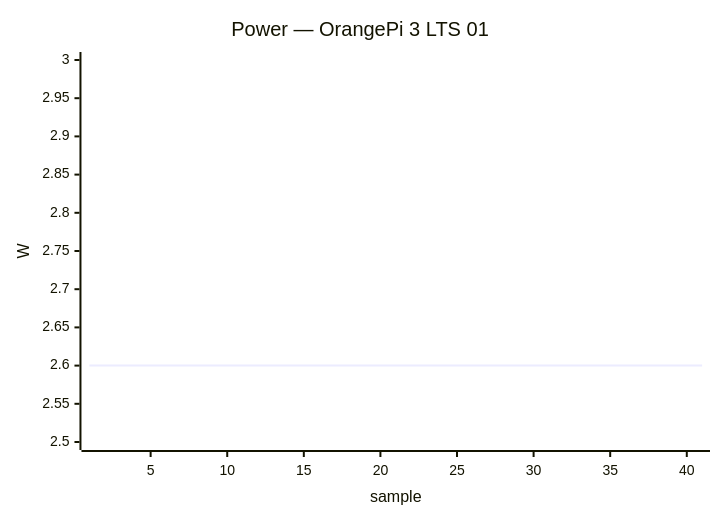
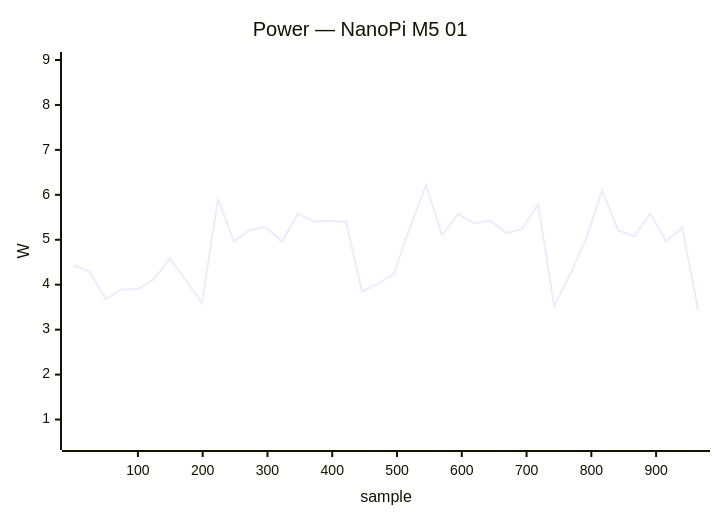
The fifth of 35 diagrams in docs/status/board-tests.md (armbian/documentation), drawn with Mermaid before and after one commit. The commit also changed other lines of this file, not shown here.

````diff
--- a/docs/status/board-tests.md
+++ b/docs/status/board-tests.md
@@ -136,7 +268,7 @@
 ```mermaid
 xychart-beta
-    title "Power — OrangePi 3 LTS 01"
-    x-axis "sample" 1 --> 41
-    y-axis "W" 2.5 --> 3.0
-    line [2.60, 2.60, 2.60, 2.60, 2.60, 2.60, 2.60, 2.60, 2.60, 2.60, 2.60, 2.60, 2.60, 2.60, 2.60, 2.60, 2.60, 2.60, 2.60, 2.60, 2.60, 2.60, 2.60, 2.60, 2.60, 2.60, 2.60, 2.60, 2.60, 2.60, 2.60, 2.60, 2.60, 2.60, 2.60, 2.60, 2.60, 2.60, 2.60, 2.60]
+    title "Power — NanoPi M5 01"
+    x-axis "sample" 1 --> 965
+    y-axis "W" 0.5 --> 9.0
+    line [4.43, 4.28, 3.68, 3.90, 3.90, 4.12, 4.58, 4.10, 3.59, 5.90, 4.97, 5.22, 5.28, 4.96, 5.58, 5.41, 5.42, 5.40, 3.85, 4.02, 4.24, 5.28, 6.22, 5.10, 5.57, 5.37, 5.43, 5.15, 5.24, 5.79, 3.53, 4.23, 5.02, 6.10, 5.21, 5.08, 5.58, 4.96, 5.27, 3.43]
 ```
````
